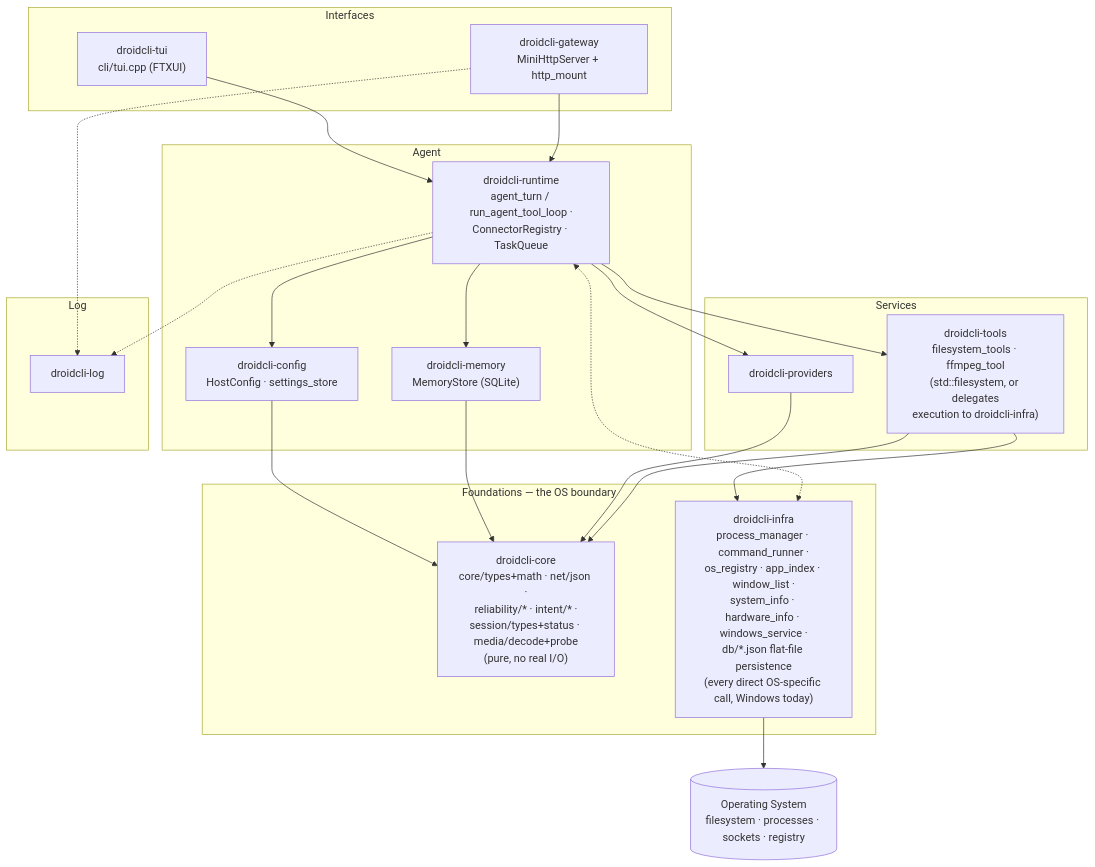
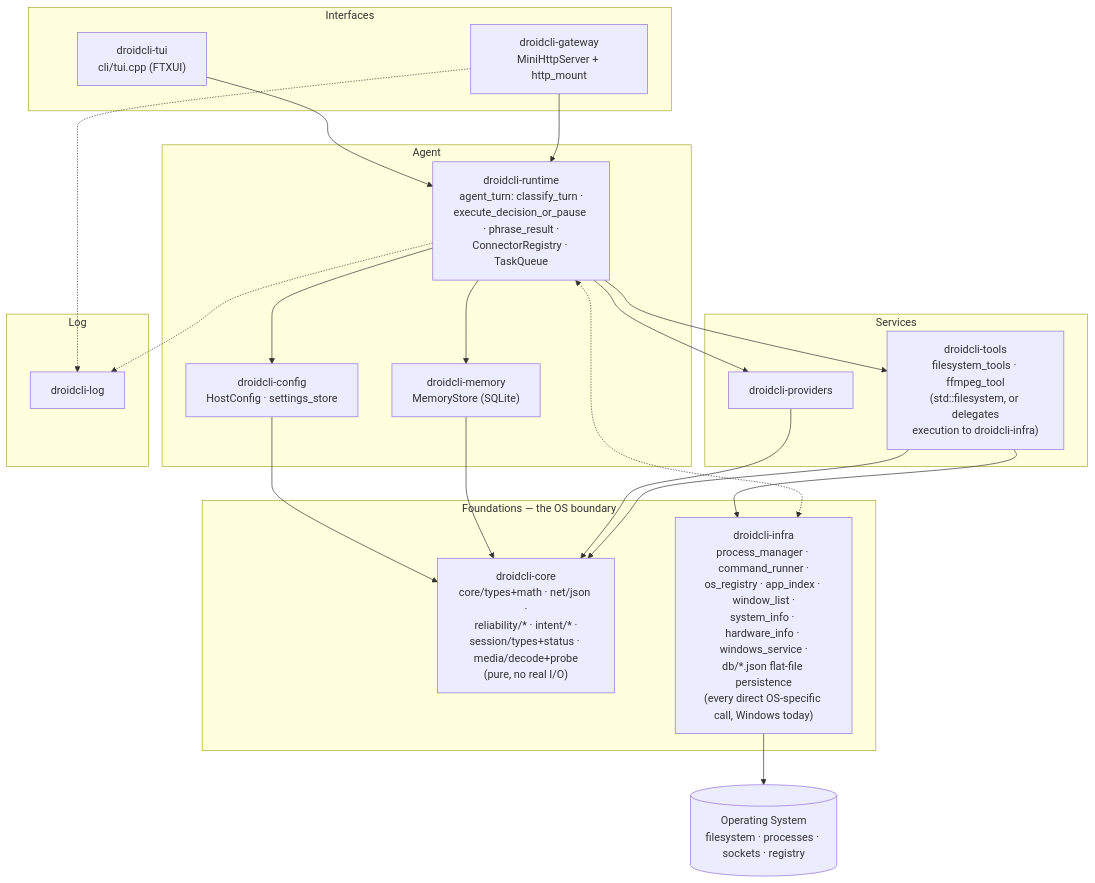
One commit to vecnode/droidcli changed the second of 6 diagrams in ARCHITECTURE.md. Above: the diagram before and after it, drawn with Mermaid. The commit also changed other lines of this file and 15 other files, not shown here.

````diff
--- a/ARCHITECTURE.md
+++ b/ARCHITECTURE.md
@@ -164,45 +169,45 @@
 ```mermaid
 flowchart TB
     subgraph L5["Interfaces"]
         GATEWAY["droidcli-gateway\nMiniHttpServer + http_mount"]
         TUI["droidcli-tui\ncli/tui.cpp (FTXUI)"]
     end
 
     subgraph L4["Agent"]
-        RUNTIME["droidcli-runtime\nagent_turn / run_agent_tool_loop ·\nConnectorRegistry · TaskQueue"]
+        RUNTIME["droidcli-runtime\nagent_turn: classify_turn ·\nexecute_decision_or_pause · phrase_result ·\nConnectorRegistry · TaskQueue"]
         MEMORY["droidcli-memory\nMemoryStore (SQLite)"]
         CONFIG["droidcli-config\nHostConfig · settings_store"]
         RUNTIME --> MEMORY
         RUNTIME --> CONFIG
     end
 
     subgraph L3["Services"]
         TOOLS["droidcli-tools\nfilesystem_tools · ffmpeg_tool\n(std::filesystem, or delegates\nexecution to droidcli-infra)"]
         PROVIDERS["droidcli-providers"]
     end
 
     subgraph LOGL["Log"]
         LOGM["droidcli-log"]
     end
 
     subgraph L1["Foundations — the OS boundary"]
         DCORE["droidcli-core\ncore/types+math · net/json ·\nreliability/* · intent/* ·\nsession/types+status · media/decode+probe\n(pure, no real I/O)"]
         INFRA["droidcli-infra\nprocess_manager · command_runner ·\nos_registry · app_index · window_list ·\nsystem_info · hardware_info · windows_service ·\ndb/*.json flat-file persistence\n(every direct OS-specific call, Windows today)"]
     end
 
     OS[("Operating System\nfilesystem · processes · sockets · registry")]
 
     GATEWAY --> RUNTIME
     TUI --> RUNTIME
     RUNTIME --> TOOLS
     RUNTIME --> PROVIDERS
     RUNTIME <-.-> INFRA
     TOOLS --> INFRA
     TOOLS --> DCORE
     PROVIDERS --> DCORE
     MEMORY --> DCORE
     CONFIG --> DCORE
     RUNTIME -.-> LOGM
     GATEWAY -.-> LOGM
     INFRA --> OS
 ```
````
